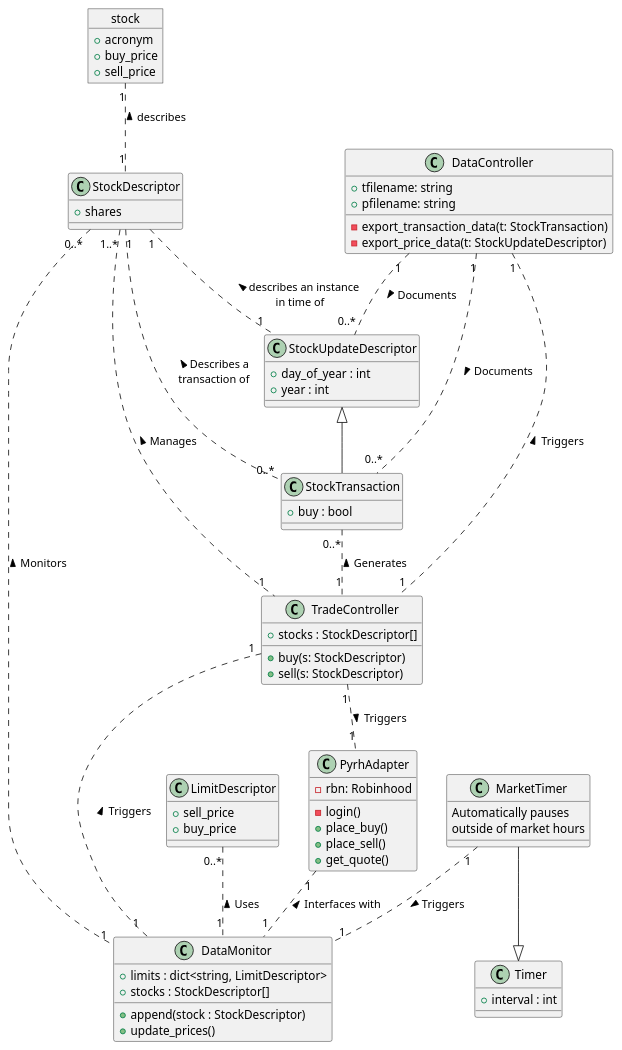
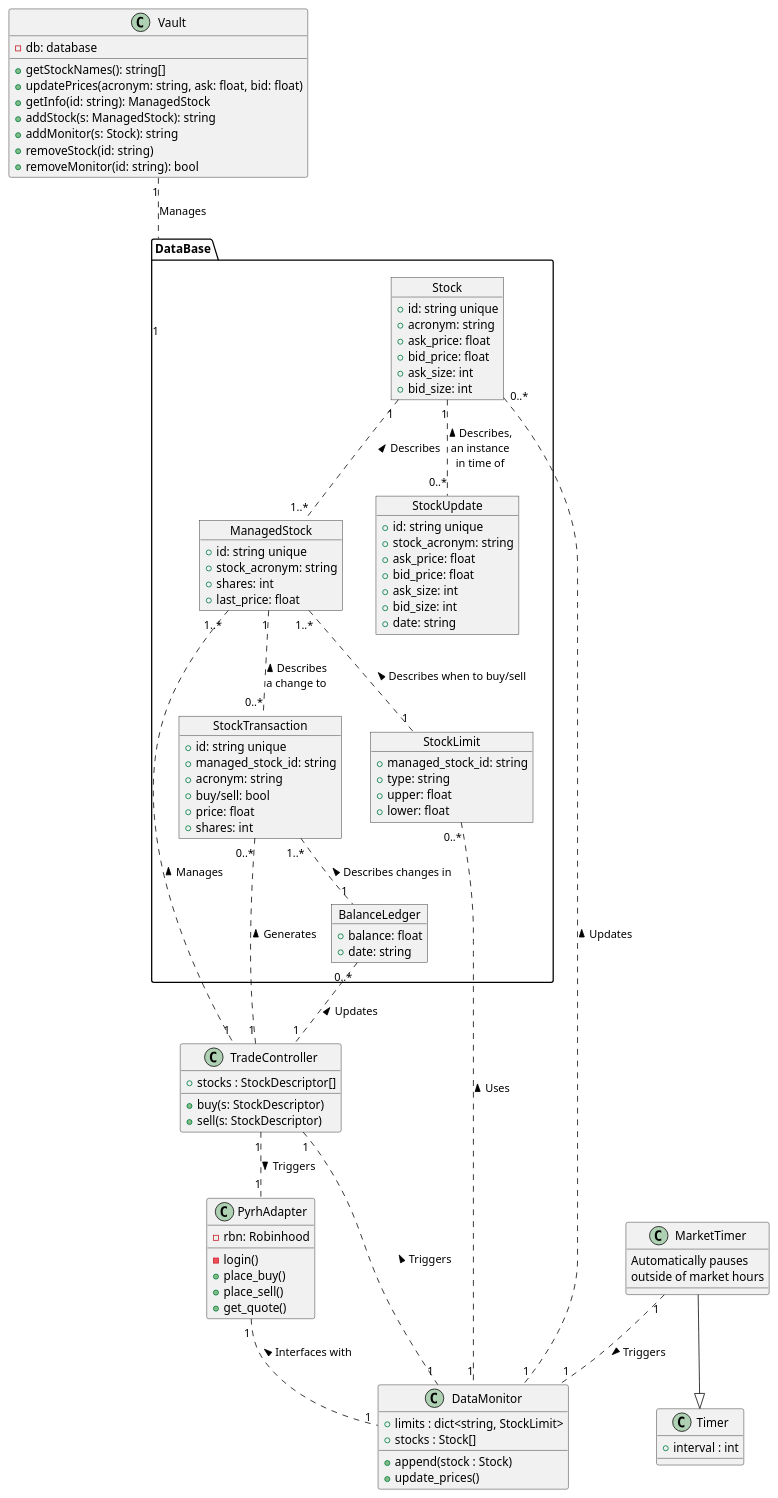
Before and after one commit to aaron-jencks/alpaca_stock_tradebot: the diagram in architecture.puml, drawn with PlantUML. The commit also changed 1 other file, not shown here.

```diff
--- a/architecture.puml
+++ b/architecture.puml
@@ -1,90 +1,117 @@
 @startuml "Domain Model Diagram"
 
-object stock {
-    + acronym
-    + buy_price
-    + sell_price
+package "DataBase" {
+
+    object Stock {
+        + id: string unique
+        + acronym: string
+        + ask_price: float
+        + bid_price: float
+        + ask_size: int
+        + bid_size: int
+    }
+
+    object ManagedStock {
+        + id: string unique
+        + stock_acronym: string
+        + shares: int
+        + last_price: float
+    }
+
+    object StockUpdate {
+        + id: string unique
+        + stock_acronym: string
+        + ask_price: float
+        + bid_price: float
+        + ask_size: int
+        + bid_size: int
+        + date: string
+    }
+
+    object StockTransaction {
+        + id: string unique
+        + managed_stock_id: string
+        + acronym: string
+        + buy/sell: bool
+        + price: float
+        + shares: int
+    }
+
+    object StockLimit {
+        + managed_stock_id: string
+        + type: string
+        + upper: float
+        + lower: float
+    }
+
+    object BalanceLedger {
+        + balance: float
+        + date: string
+    }
+
+    Stock "1" .. "1..*" ManagedStock : < Describes
+    Stock "1" .. "0..*" StockUpdate : < Describes,\nan instance\nin time of
+    ManagedStock "1" .. "0..*" StockTransaction : < Describes\na change to
+    ManagedStock "1..*" .. "1" StockLimit : < Describes when to buy/sell
+    StockTransaction "1..*" .. "1" BalanceLedger : < Describes changes in
+
 }
 
-class StockDescriptor {
-    + shares
+class Vault {
+    - db: database
+    + getStockNames(): string[]
+    + updatePrices(acronym: string, ask: float, bid: float)
+    + getInfo(id: string): ManagedStock
+    + addStock(s: ManagedStock): string
+    + addMonitor(s: Stock): string
+    + removeStock(id: string)
+    + removeMonitor(id: string): bool
 }
 
-class StockUpdateDescriptor {
-    + day_of_year : int
-    + year : int
-}
-
-StockDescriptor "1" .. "1" StockUpdateDescriptor : < describes an instance\n in time of
-
-class LimitDescriptor {
-    + sell_price
-    + buy_price
-}
-
-stock "1" .. "1" StockDescriptor : < describes
+Vault "1" .. "1" DataBase : Manages
 
 class TradeController {
     + stocks : StockDescriptor[]
     + buy(s: StockDescriptor)
     + sell(s: StockDescriptor)
 }
 
-StockDescriptor "1..*" .. "1" TradeController : < Manages
+ManagedStock "1..*" .. "1" TradeController : < Manages
+StockTransaction "0..*" .. "1" TradeController : < Generates
+BalanceLedger "0..*" .. "1" TradeController : < Updates
 
 class PyrhAdapter {
     - rbn: Robinhood
     - login()
     + place_buy()
     + place_sell()
     + get_quote()
 }
 
 TradeController "1" .. "1" PyrhAdapter : > Triggers
 
 class DataMonitor {
-    + limits : dict<string, LimitDescriptor>
-    + stocks : StockDescriptor[]
-    + append(stock : StockDescriptor)
+    + limits : dict<string, StockLimit>
+    + stocks : Stock[]
+    + append(stock : Stock)
     + update_prices()
 }
 
 TradeController "1" .. "1" DataMonitor : < Triggers
-StockDescriptor "0..*" .. "1" DataMonitor : < Monitors
-LimitDescriptor "0..*" .. "1" DataMonitor : < Uses
+Stock "0..*" .. "1" DataMonitor : < Updates
+StockLimit "0..*" .. "1" DataMonitor : < Uses
 PyrhAdapter "1" .. "1" DataMonitor : < Interfaces with
 
 class Timer {
     + interval : int
 }
 
 class MarketTimer {
     Automatically pauses\noutside of market hours
 }
 
 MarketTimer --|> Timer
 
 MarketTimer "1" .. "1" DataMonitor : > Triggers
 
-class StockTransaction {
-    + buy : bool
-}
-
-StockUpdateDescriptor <|-- StockTransaction
-
-StockDescriptor "1" .. "0..*" StockTransaction : < Describes a\ntransaction of
-
-StockTransaction "0..*" .. "1" TradeController : < Generates
-
-class DataController {
-    + tfilename: string
-    + pfilename: string
-    - export_transaction_data(t: StockTransaction)
-    - export_price_data(t: StockUpdateDescriptor)
-}
-
-DataController "1" .. "1" TradeController : < Triggers
-DataController "1" .. "0..*" StockTransaction : > Documents
-DataController "1" .. "0..*" StockUpdateDescriptor : > Documents
-
 @enduml
```
